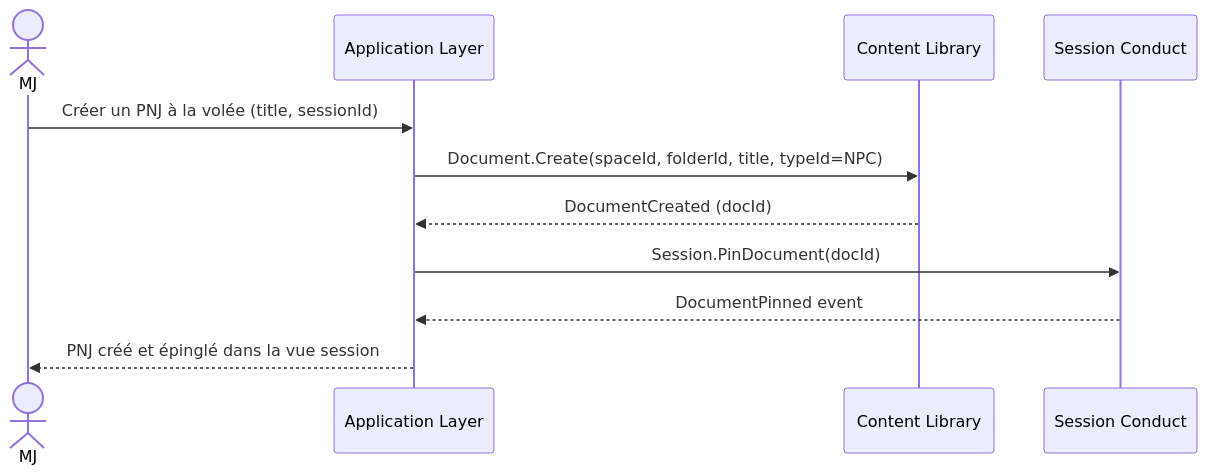
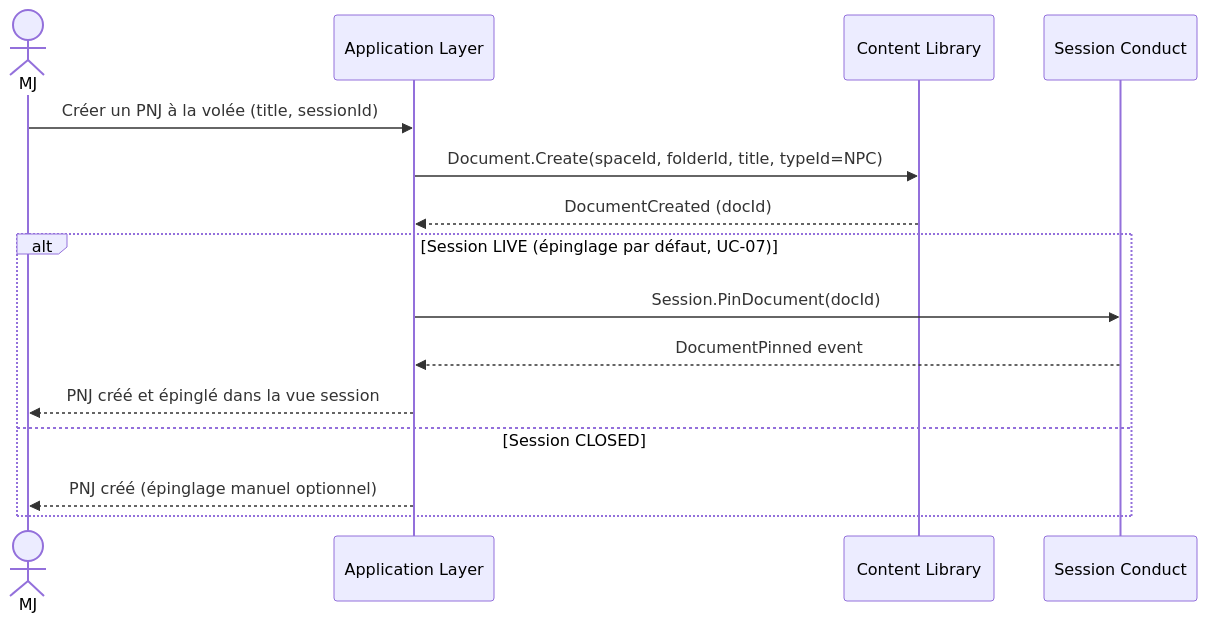
Before and after one commit to 2025-10-CDA-ECO-P6/PM-micro-saas: the seventh of 9 diagrams in docs/domaine/session-conduct/flows.md, drawn with Mermaid. The commit also changed other lines of this file and 3 other files, not shown here.

````diff
--- a/docs/domaine/session-conduct/flows.md
+++ b/docs/domaine/session-conduct/flows.md
@@ -113,14 +120,18 @@
 ```mermaid
 sequenceDiagram
     actor MJ
     participant App as Application Layer
     participant CL as Content Library
     participant SC as Session Conduct
 
     MJ->>App: Créer un PNJ à la volée (title, sessionId)
     App->>CL: Document.Create(spaceId, folderId, title, typeId=NPC)
     CL-->>App: DocumentCreated (docId)
-    App->>SC: Session.PinDocument(docId)
-    SC-->>App: DocumentPinned event
-    App-->>MJ: PNJ créé et épinglé dans la vue session
+    alt Session LIVE (épinglage par défaut, UC-07)
+        App->>SC: Session.PinDocument(docId)
+        SC-->>App: DocumentPinned event
+        App-->>MJ: PNJ créé et épinglé dans la vue session
+    else Session CLOSED
+        App-->>MJ: PNJ créé (épinglage manuel optionnel)
+    end
 ```
````
